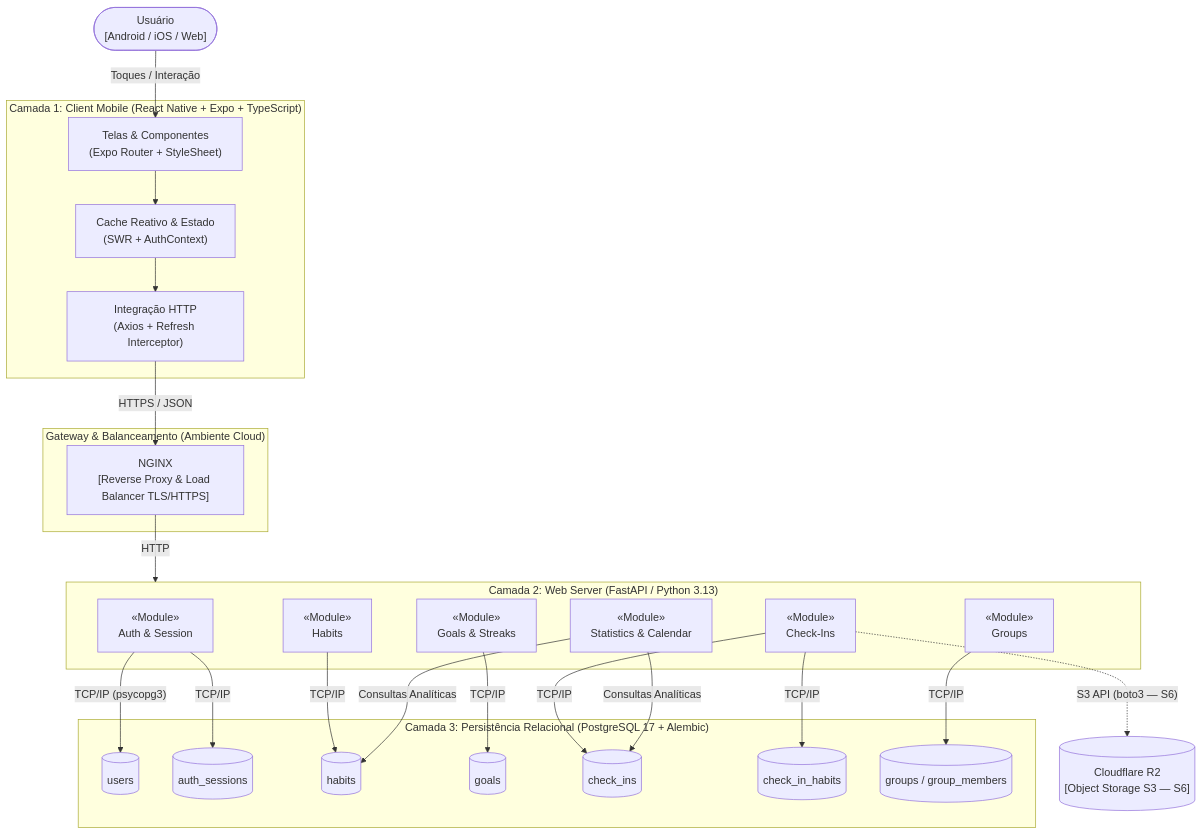
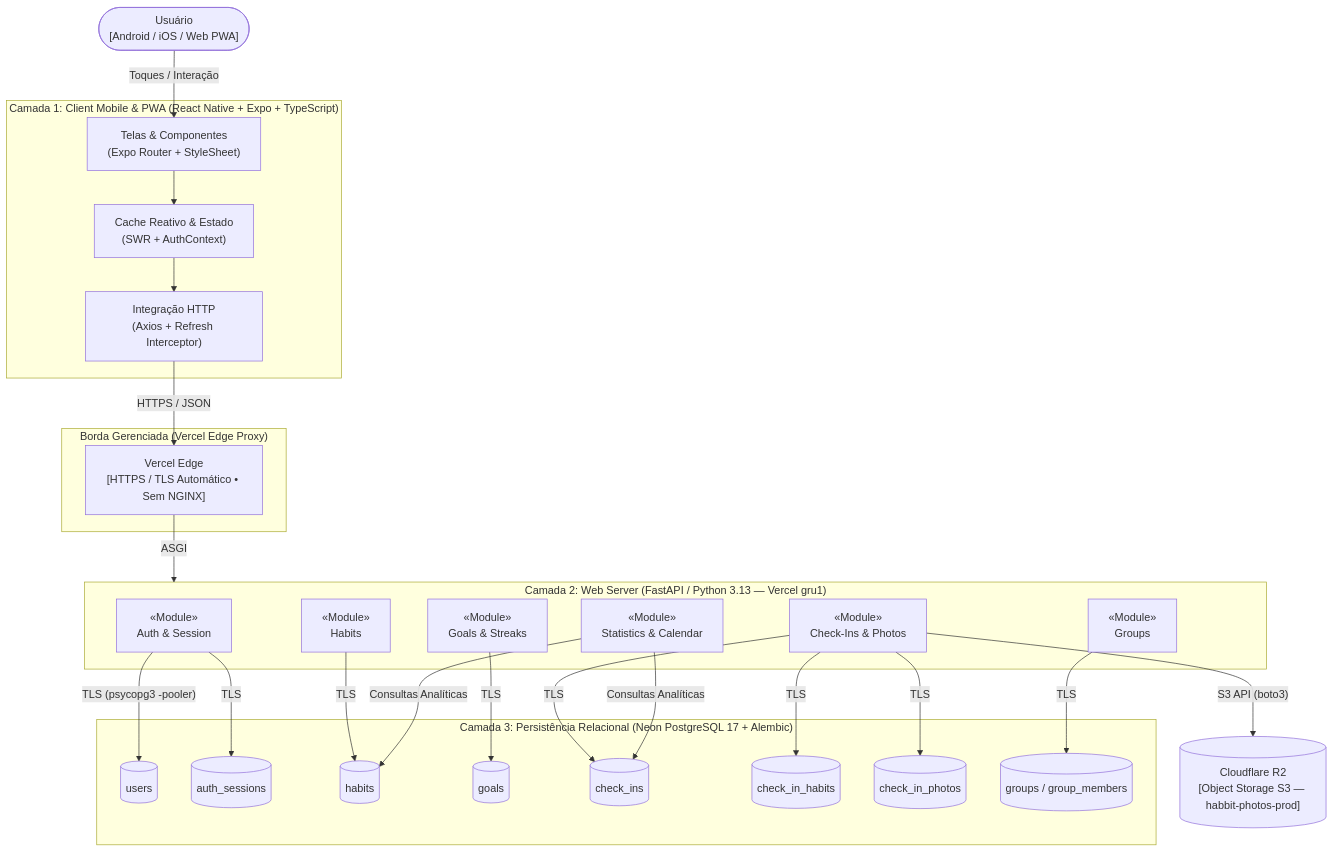
One commit to FGA0138-MDS-Ajax/2026.2-T02-Shannon changed the diagram in docs/arquitetura/visao-geral.md. Above: the diagram before and after it, drawn with Mermaid. The commit also changed other lines of this file and 7 other files, not shown here.

Commit message:
docs(arquitetura): atualiza site MkDocs com producao Vercel, Neon, PWA e ADRs 010-012

````diff
--- a/docs/arquitetura/visao-geral.md
+++ b/docs/arquitetura/visao-geral.md
@@ -24,51 +24,53 @@
 ```mermaid
 flowchart TB
-    Usuario(["Usuário\n[Android / iOS / Web]"])
+    Usuario(["Usuário\n[Android / iOS / Web PWA]"])
 
-    subgraph Client["Camada 1: Client Mobile (React Native + Expo + TypeScript)"]
+    subgraph Client["Camada 1: Client Mobile & PWA (React Native + Expo + TypeScript)"]
         UI["Telas & Componentes\n(Expo Router + StyleSheet)"]
         SWR["Cache Reativo & Estado\n(SWR + AuthContext)"]
         Axios["Integração HTTP\n(Axios + Refresh Interceptor)"]
         UI --> SWR --> Axios
     end
 
-    subgraph Proxy["Gateway & Balanceamento (Ambiente Cloud)"]
-        NGINX["NGINX\n[Reverse Proxy & Load Balancer TLS/HTTPS]"]
+    subgraph Edge["Borda Gerenciada (Vercel Edge Proxy)"]
+        VercelEdge["Vercel Edge\n[HTTPS / TLS Automático • Sem NGINX]"]
     end
 
-    subgraph Server["Camada 2: Web Server (FastAPI / Python 3.13)"]
+    subgraph Server["Camada 2: Web Server (FastAPI / Python 3.13 — Vercel gru1)"]
         AuthMod["«Module»\nAuth & Session"]
         HabitMod["«Module»\nHabits"]
         GoalMod["«Module»\nGoals & Streaks"]
-        CheckInMod["«Module»\nCheck-Ins"]
+        CheckInMod["«Module»\nCheck-Ins & Photos"]
         StatMod["«Module»\nStatistics & Calendar"]
         GroupMod["«Module»\nGroups"]
     end
 
-    subgraph DB["Camada 3: Persistência Relacional (PostgreSQL 17 + Alembic)"]
+    subgraph DB["Camada 3: Persistência Relacional (Neon PostgreSQL 17 + Alembic)"]
         TUsers[("users")]
         TSessions[("auth_sessions")]
         THabits[("habits")]
         TGoals[("goals")]
         TCheckIns[("check_ins")]
         TCheckInHabits[("check_in_habits")]
+        TPhotos[("check_in_photos")]
         TGroups[("groups / group_members")]
     end
 
-    R2[("Cloudflare R2\n[Object Storage S3 — S6]")]
+    R2[("Cloudflare R2\n[Object Storage S3 — habbit-photos-prod]")]
 
     Usuario -->|"Toques / Interação"| UI
-    Axios -->|"HTTPS / JSON"| NGINX
-    NGINX -->|"HTTP"| Server
+    Axios -->|"HTTPS / JSON"| VercelEdge
+    VercelEdge -->|"ASGI"| Server
 
-    AuthMod -->|"TCP/IP (psycopg3)"| TUsers
-    AuthMod -->|"TCP/IP"| TSessions
-    HabitMod -->|"TCP/IP"| THabits
-    GoalMod -->|"TCP/IP"| TGoals
-    CheckInMod -->|"TCP/IP"| TCheckIns
-    CheckInMod -->|"TCP/IP"| TCheckInHabits
-    CheckInMod -.->|"S3 API (boto3 — S6)"| R2
+    AuthMod -->|"TLS (psycopg3 -pooler)"| TUsers
+    AuthMod -->|"TLS"| TSessions
+    HabitMod -->|"TLS"| THabits
+    GoalMod -->|"TLS"| TGoals
+    CheckInMod -->|"TLS"| TCheckIns
+    CheckInMod -->|"TLS"| TCheckInHabits
+    CheckInMod -->|"TLS"| TPhotos
+    CheckInMod -->|"S3 API (boto3)"| R2
     StatMod -->|"Consultas Analíticas"| THabits
     StatMod -->|"Consultas Analíticas"| TCheckIns
-    GroupMod -->|"TCP/IP"| TGroups
+    GroupMod -->|"TLS"| TGroups
 ```
````
